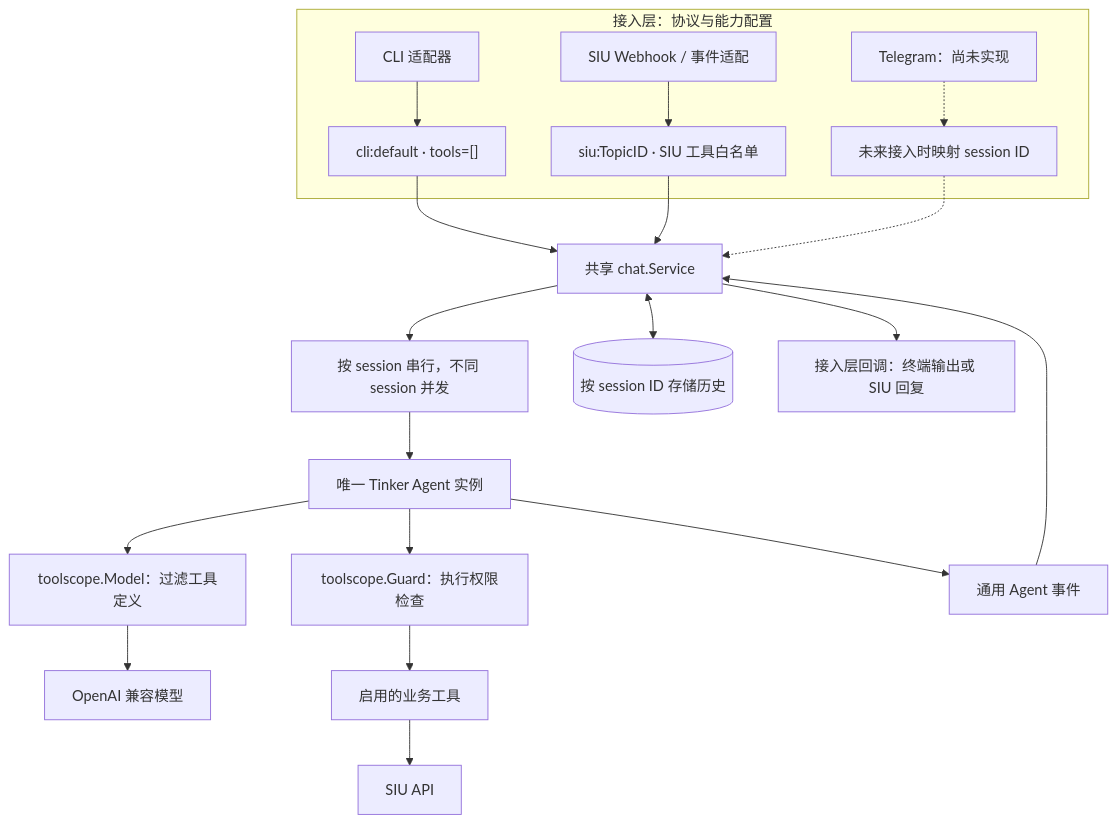
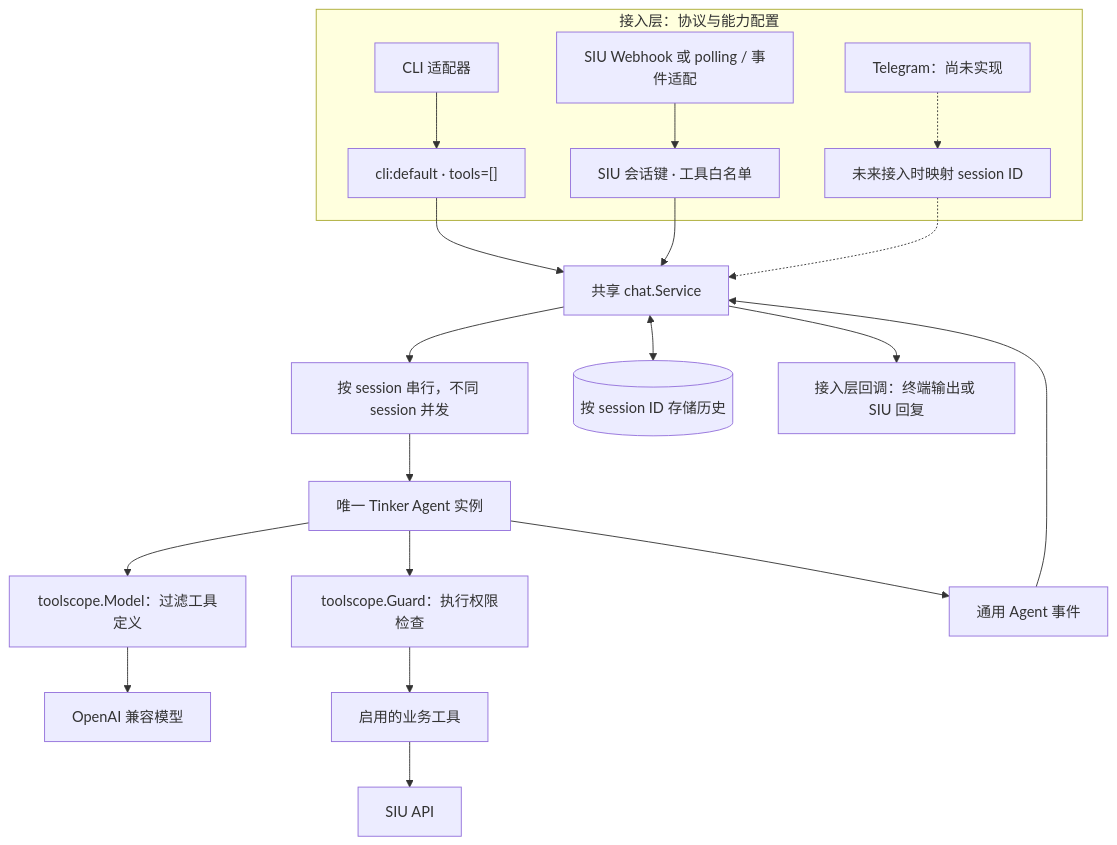
One commit to 111hell/tinkerbot changed the first of 6 diagrams in docs/architecture.md. Above: the diagram before and after it, drawn with Mermaid. The commit also changed other lines of this file and 47 other files, not shown here.

Commit message:
feat(siu): add live polling and expand bot capabilities

````diff
--- a/docs/architecture.md
+++ b/docs/architecture.md
@@ -7,22 +7,22 @@
 ```mermaid
 flowchart TB
     subgraph Ingress["接入层：协议与能力配置"]
         CLI["CLI 适配器"] --> A["cli:default · tools=[]"]
-        SIU["SIU Webhook / 事件适配"] --> B["siu:TopicID · SIU 工具白名单"]
+        SIU["SIU Webhook 或 polling / 事件适配"] --> B["SIU 会话键 · 工具白名单"]
         TG["Telegram：尚未实现"] -.-> C["未来接入时映射 session ID"]
     end
     A --> Service["共享 chat.Service"]
     B --> Service
     C -.-> Service
     Service --> Locks["按 session 串行，不同 session 并发"]
     Locks --> Agent["唯一 Tinker Agent 实例"]
     Service <--> Store[("按 session ID 存储历史")]
     Agent --> Scope["toolscope.Model：过滤工具定义"]
     Scope --> Model["OpenAI 兼容模型"]
     Agent --> Guard["toolscope.Guard：执行权限检查"]
     Guard --> Tools["启用的业务工具"]
     Tools --> API["SIU API"]
     Agent --> Events["通用 Agent 事件"]
     Events --> Service
     Service --> Output["接入层回调：终端输出或 SIU 回复"]
 ```
````
